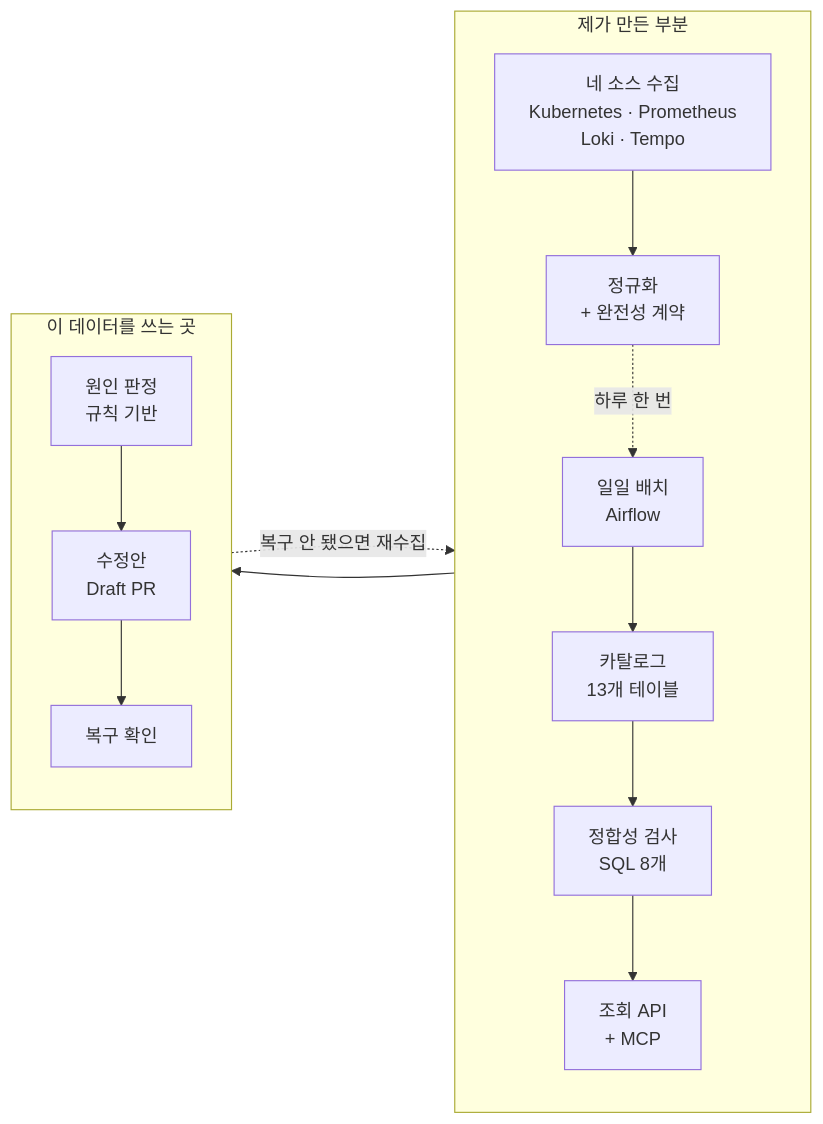
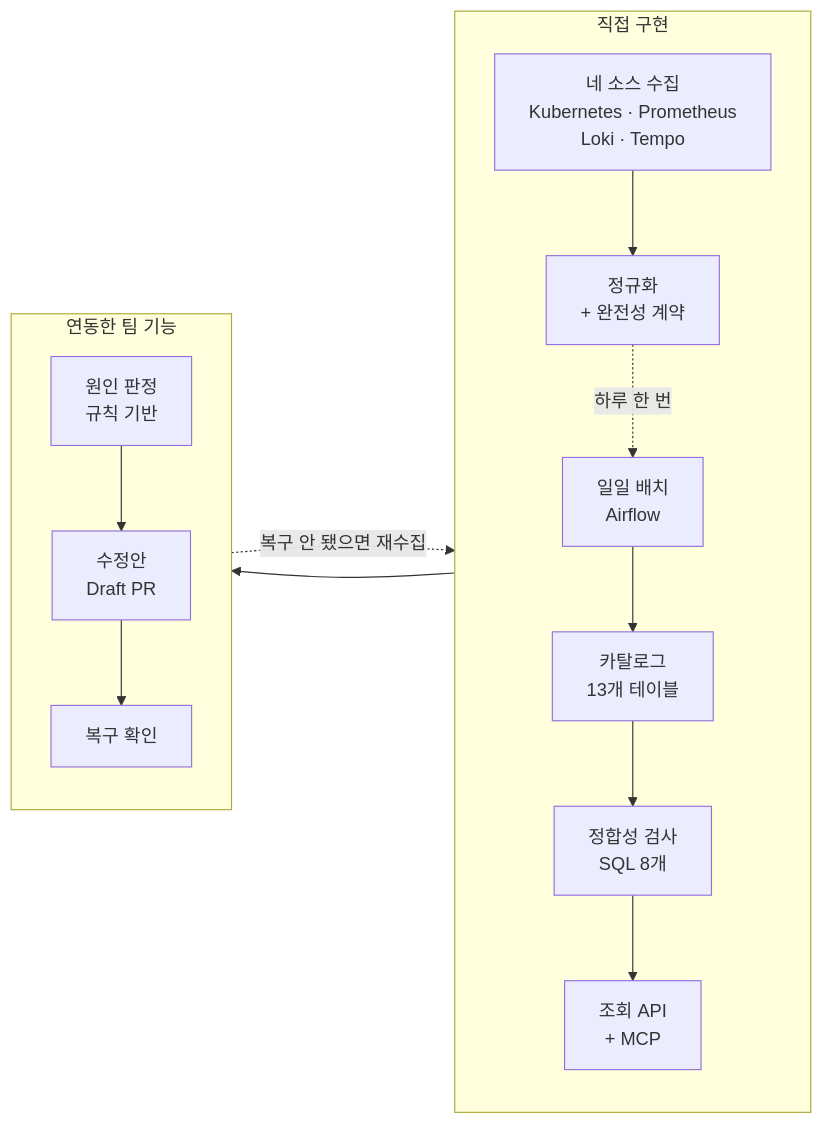
The diagram in README.md (woonyong-kr/k8s-ops-min), drawn with Mermaid before and after one commit. The commit also changed other lines of this file and 13 other files, not shown here.

````diff
--- a/README.md
+++ b/README.md
@@ -15,15 +15,15 @@
 ```mermaid
 flowchart LR
-    subgraph MINE ["제가 만든 부분"]
+    subgraph MINE ["직접 구현"]
         direction TB
         S["네 소스 수집<br/>Kubernetes · Prometheus<br/>Loki · Tempo"] --> N["정규화<br/>+ 완전성 계약"]
         B["일일 배치<br/>Airflow"] --> C["카탈로그<br/>13개 테이블"] --> Q["정합성 검사<br/>SQL 8개"] --> A["조회 API<br/>+ MCP"]
     end
-    subgraph TEAM ["이 데이터를 쓰는 곳"]
+    subgraph TEAM ["연동한 팀 기능"]
         direction TB
         R["원인 판정<br/>규칙 기반"] --> P["수정안<br/>Draft PR"] --> V["복구 확인"]
     end
     N --> R
     V -. "복구 안 됐으면 재수집" .-> S
     N -. "하루 한 번" .-> B
 ```
````
